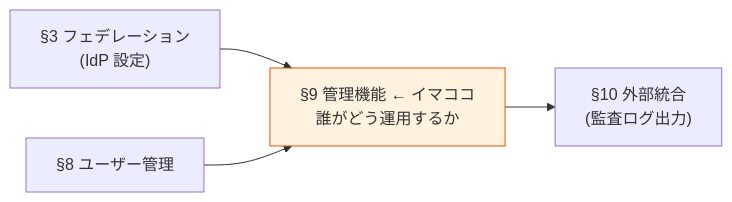
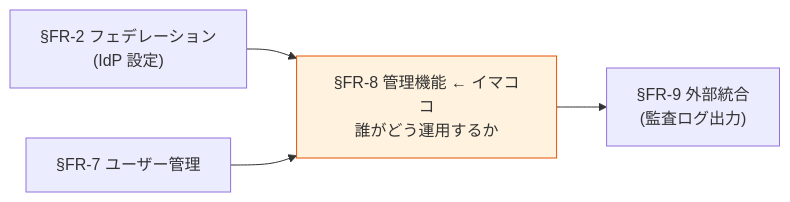
Before and after one commit to suepie/aws-atuh-poc: the first of 2 diagrams in doc/requirements/proposal/fr/08-admin.md, drawn with Mermaid. The commit also changed other lines of this file and 30 other files, not shown here.

````diff
--- a/doc/requirements/proposal/fr/08-admin.md
+++ b/doc/requirements/proposal/fr/08-admin.md
@@ -25,13 +25,13 @@
 ```mermaid
 flowchart LR
-    S3["§3 フェデレーション<br/>(IdP 設定)"]
-    S8["§8 ユーザー管理"]
-    S9["§9 管理機能 ← イマココ<br/>誰がどう運用するか"]
-    S10["§10 外部統合<br/>(監査ログ出力)"]
+    S3["§FR-2 フェデレーション<br/>(IdP 設定)"]
+    S8["§FR-7 ユーザー管理"]
+    S9["§FR-8 管理機能 ← イマココ<br/>誰がどう運用するか"]
+    S10["§FR-9 外部統合<br/>(監査ログ出力)"]
 
     S3 --> S9
     S8 --> S9
     S9 --> S10
 
     style S9 fill:#fff3e0,stroke:#e65100
 ```
````
